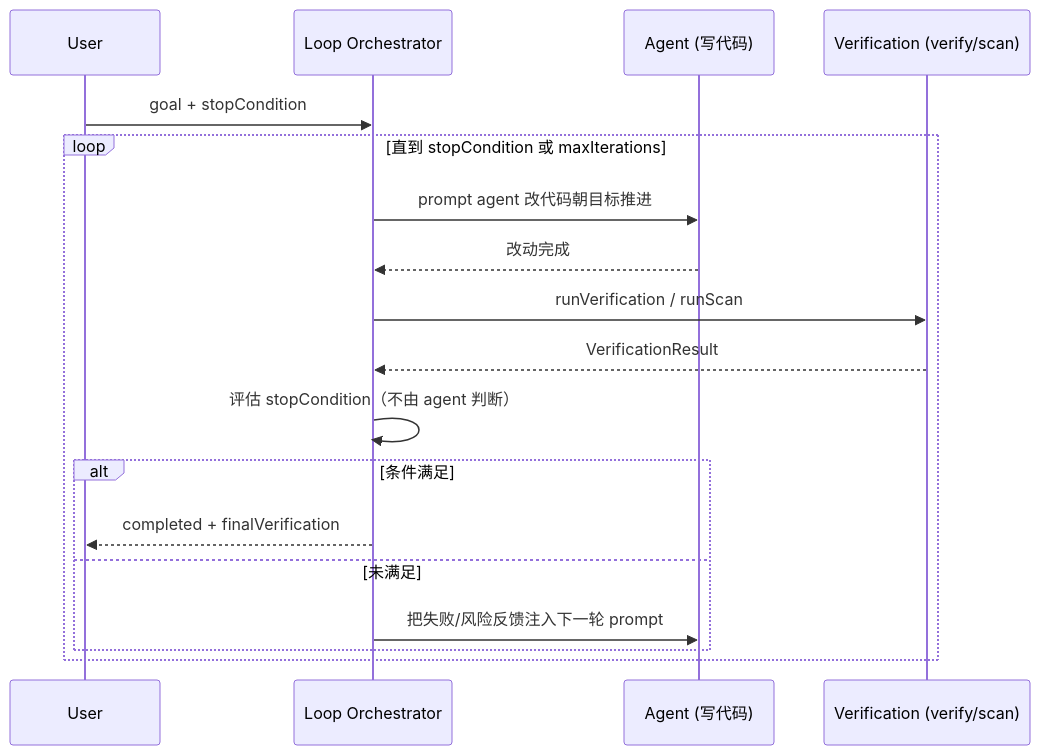
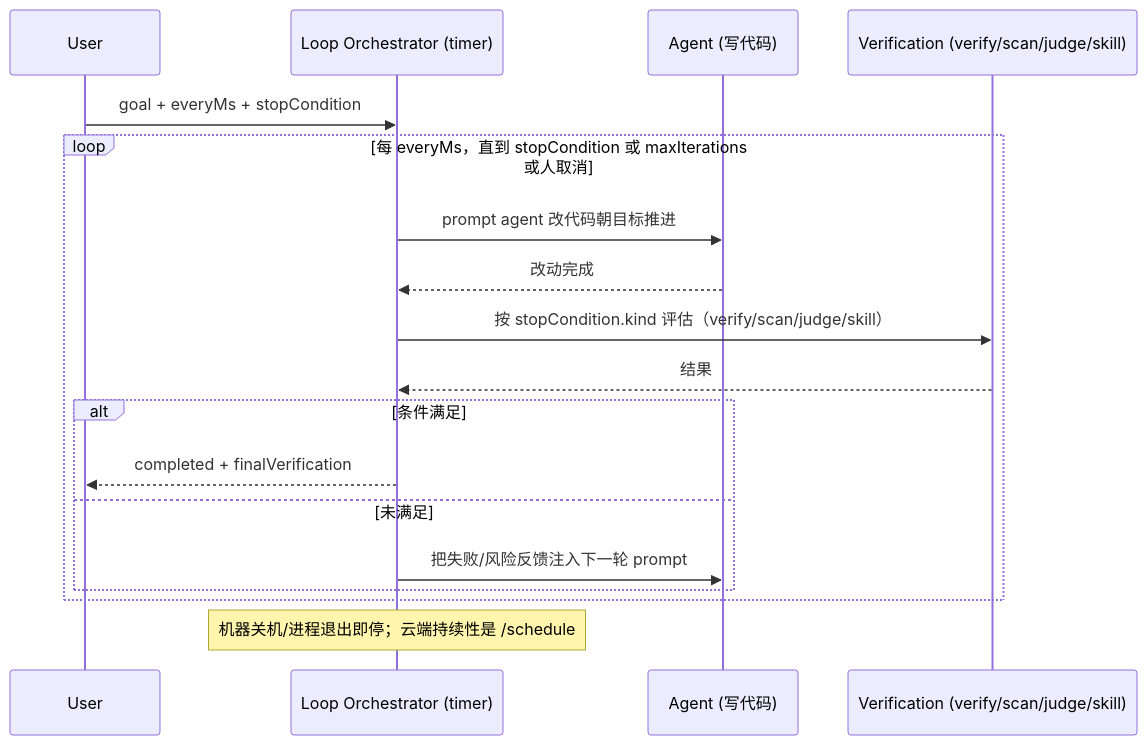
One commit to wukong-code/wukong_cli changed the third of 4 diagrams in docs/tech/commercial-refactor-implementation.md. Above: the diagram before and after it, drawn with Mermaid. The commit also changed other lines of this file and 9 other files, not shown here.

First line of the commit message:
docs: split /loop (local interval) vs /schedule (cloud), add verify-skill stop condition

````diff
--- a/docs/tech/commercial-refactor-implementation.md
+++ b/docs/tech/commercial-refactor-implementation.md
@@ -685,21 +704,21 @@
 ```mermaid
 sequenceDiagram
   participant U as User
-  participant L as Loop Orchestrator
+  participant L as Loop Orchestrator (timer)
   participant A as Agent (写代码)
-  participant V as Verification (verify/scan)
+  participant V as Verification (verify/scan/judge/skill)
 
-  U->>L: goal + stopCondition
-  loop 直到 stopCondition 或 maxIterations
+  U->>L: goal + everyMs + stopCondition
+  loop 每 everyMs，直到 stopCondition 或 maxIterations 或人取消
     L->>A: prompt agent 改代码朝目标推进
     A-->>L: 改动完成
-    L->>V: runVerification / runScan
-    V-->>L: VerificationResult
-    L->>L: 评估 stopCondition（不由 agent 判断）
+    L->>V: 按 stopCondition.kind 评估（verify/scan/judge/skill）
+    V-->>L: 结果
     alt 条件满足
       L-->>U: completed + finalVerification
     else 未满足
       L->>A: 把失败/风险反馈注入下一轮 prompt
     end
   end
+  note over L: 机器关机/进程退出即停；云端持续性是 /schedule
 ```
````
